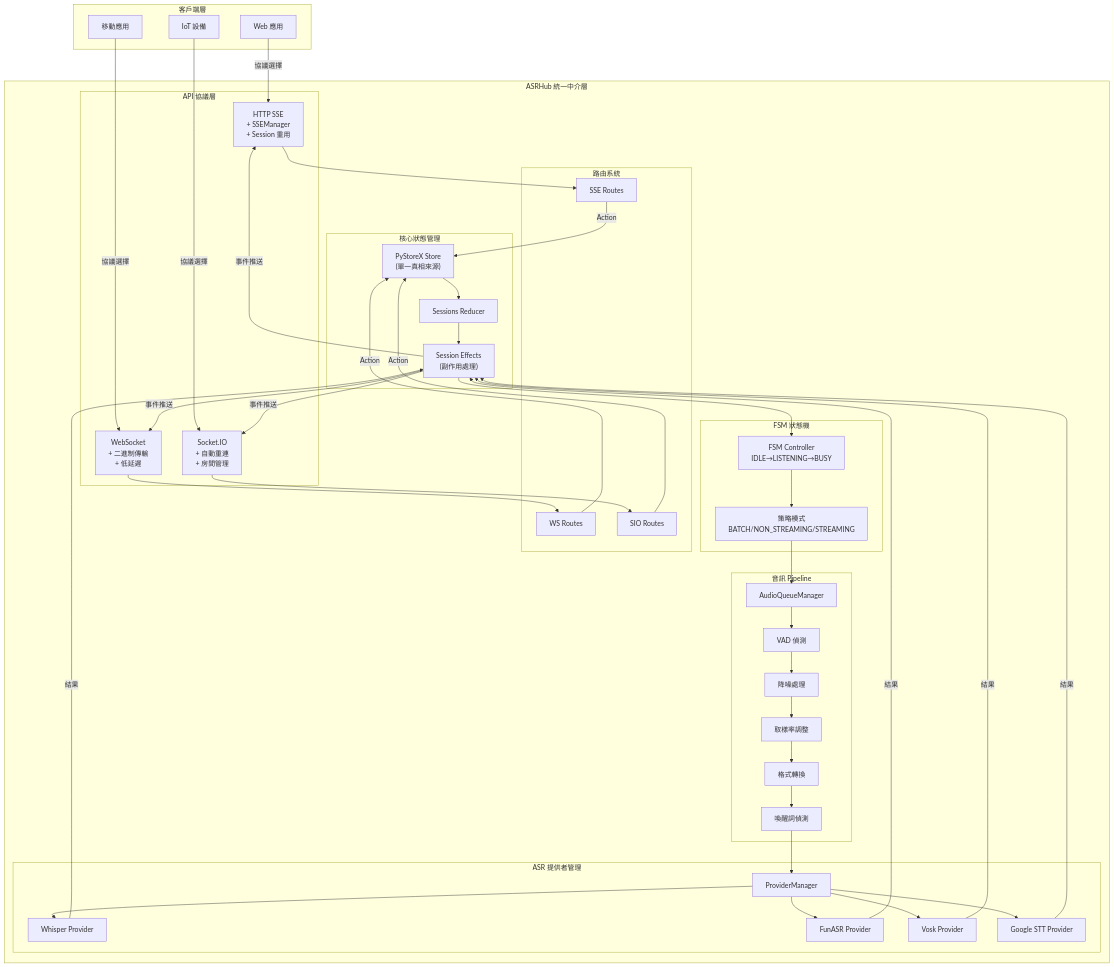
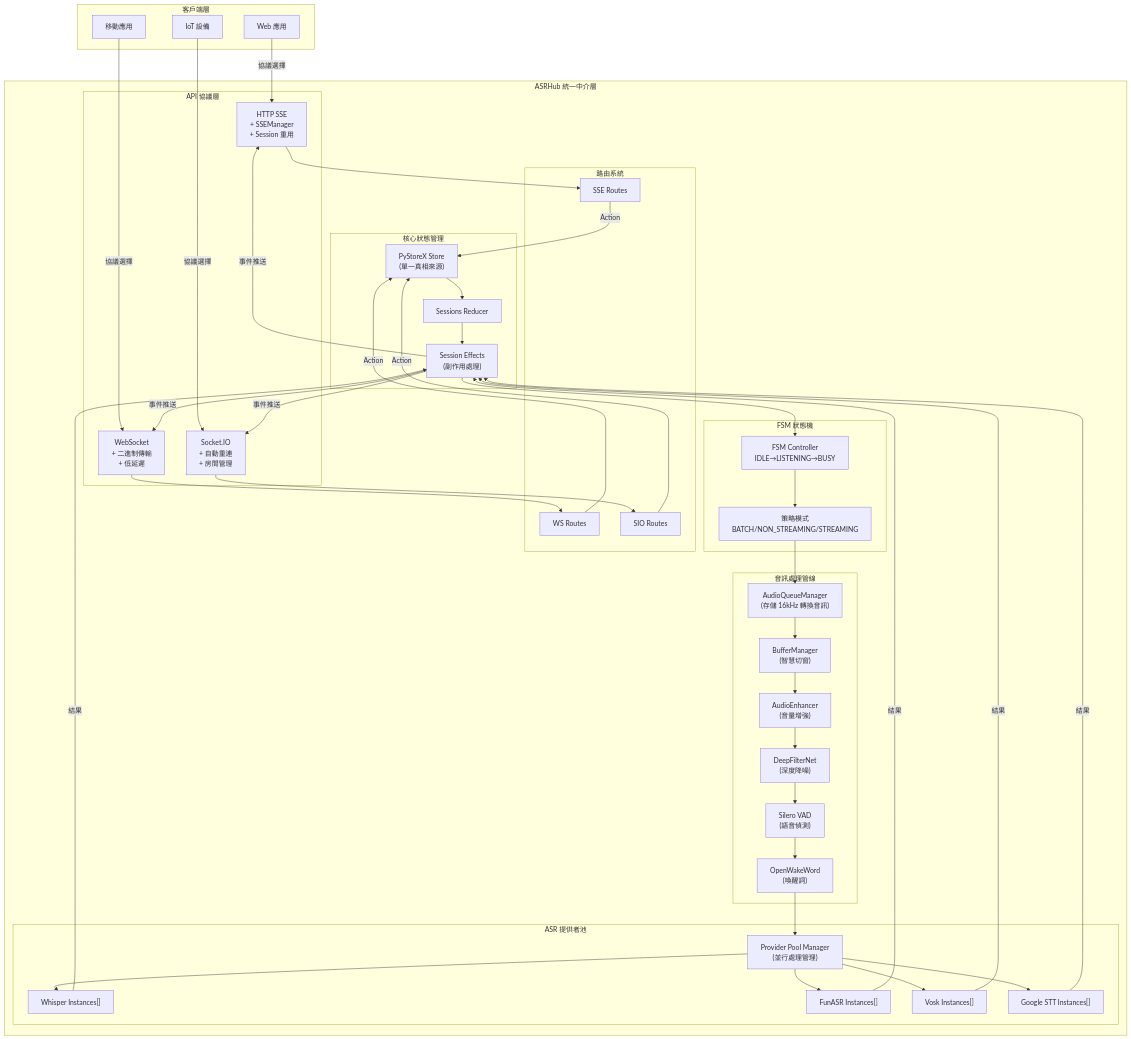
The first of 3 diagrams in README.md (JonesHong/ASRHub), drawn with Mermaid before and after one commit. The commit also changed other lines of this file and 279 other files, not shown here.

```diff
--- a/README.md
+++ b/README.md
@@ -101,21 +114,21 @@
             STRATEGY["策略模式<br/>BATCH/NON_STREAMING/STREAMING"]
         end
         
-        subgraph "音訊 Pipeline"
-            QUEUE[AudioQueueManager]
-            VAD[VAD 偵測]
-            DENOISE[降噪處理]
-            RESAMPLE[取樣率調整]
-            FORMAT[格式轉換]
-            WAKEWORD[喚醒詞偵測]
+        subgraph "音訊處理管線"
+            QUEUE["AudioQueueManager<br/>(存儲 16kHz 轉換音訊)"]
+            BUFFER["BufferManager<br/>(智慧切窗)"]
+            ENHANCE["AudioEnhancer<br/>(音量增強)"]
+            DENOISE["DeepFilterNet<br/>(深度降噪)"]
+            VAD["Silero VAD<br/>(語音偵測)"]
+            WAKEWORD["OpenWakeWord<br/>(喚醒詞)"]
         end
         
-        subgraph "ASR 提供者管理"
-            PM[ProviderManager]
-            WHISPER[Whisper Provider]
-            FUNASR[FunASR Provider]
-            VOSK[Vosk Provider]
-            GOOGLE[Google STT Provider]
+        subgraph "ASR 提供者池"
+            POOL["Provider Pool Manager<br/>(並行處理管理)"]
+            WHISPER["Whisper Instances[]"]
+            FUNASR["FunASR Instances[]"]
+            VOSK["Vosk Instances[]"]
+            GOOGLE["Google STT Instances[]"]
         end
     end
     
@@ -138,17 +151,17 @@
     FSM --> STRATEGY
     STRATEGY --> QUEUE
     
-    QUEUE --> VAD
-    VAD --> DENOISE
-    DENOISE --> RESAMPLE
-    RESAMPLE --> FORMAT
-    FORMAT --> WAKEWORD
+    QUEUE --> BUFFER
+    BUFFER --> ENHANCE
+    ENHANCE --> DENOISE
+    DENOISE --> VAD
+    VAD --> WAKEWORD
     
-    WAKEWORD --> PM
-    PM --> WHISPER
-    PM --> FUNASR
-    PM --> VOSK
-    PM --> GOOGLE
+    WAKEWORD --> POOL
+    POOL --> WHISPER
+    POOL --> FUNASR
+    POOL --> VOSK
+    POOL --> GOOGLE
     
     WHISPER -->|結果| EFFECTS
     FUNASR -->|結果| EFFECTS
```
